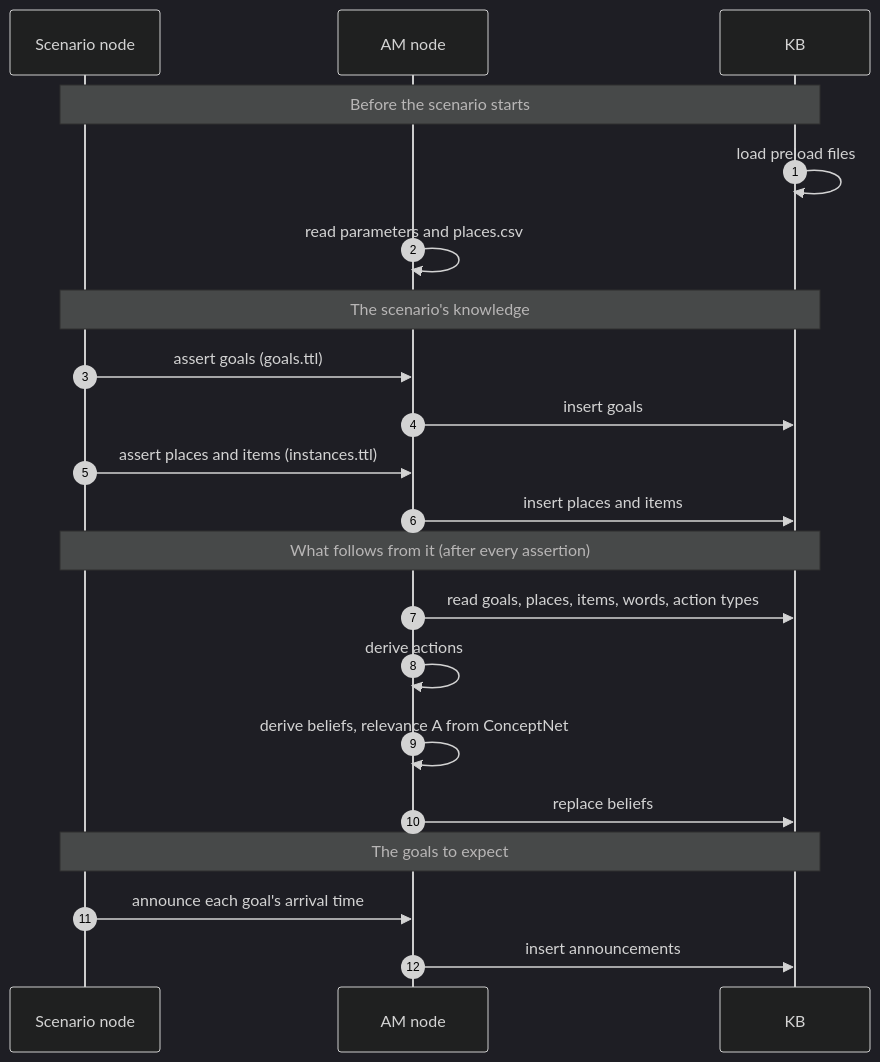
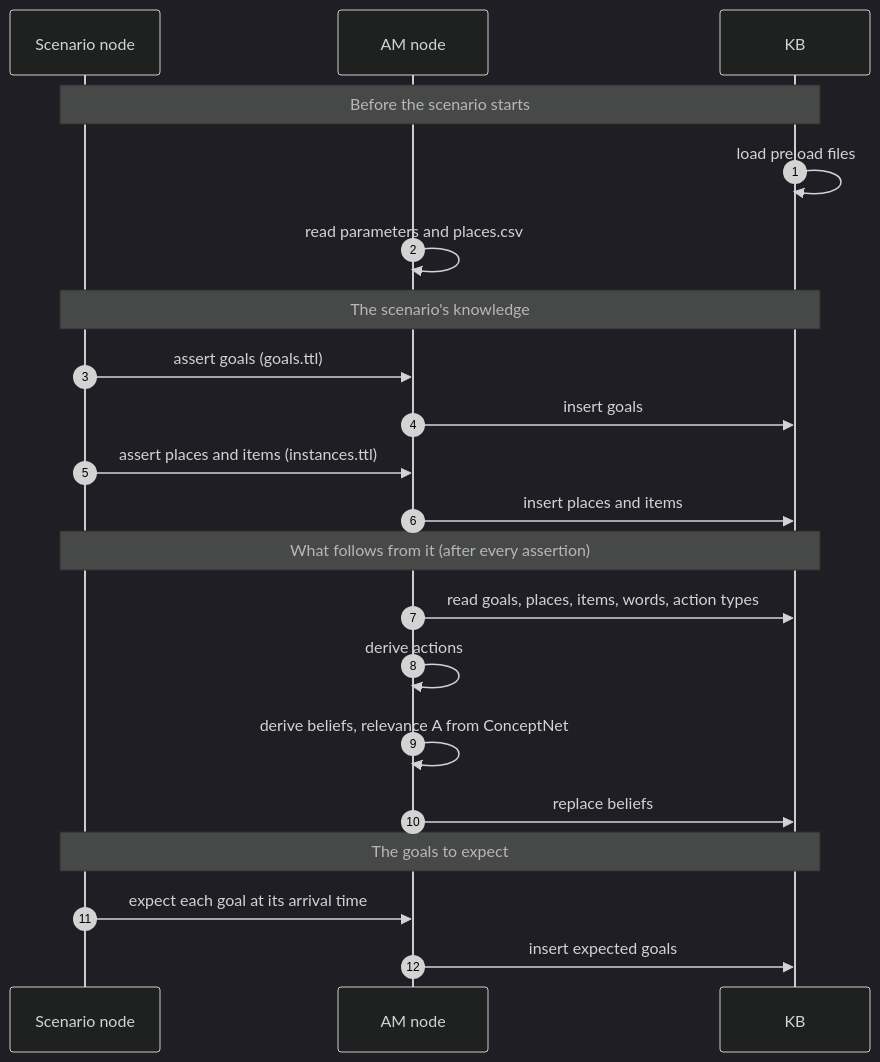
The first of 2 diagrams in README.md (Wesdebaas/cognitive_architectures), drawn with Mermaid (dark theme) before and after one commit. The commit also changed other lines of this file and 21 other files, not shown here.

Commit message:
Add Goals, store the active goal in the KB

````diff
--- a/README.md
+++ b/README.md
@@ -125,27 +125,27 @@
 ```mermaid
 sequenceDiagram
     autonumber
     participant S as Scenario node
     participant AM as AM node
     participant KB as KB
 
     Note over S,KB: Before the scenario starts
     KB->>KB: load preload files
     AM->>AM: read parameters and places.csv
 
     Note over S,KB: The scenario's knowledge
     S->>AM: assert goals (goals.ttl)
     AM->>KB: insert goals
     S->>AM: assert places and items (instances.ttl)
     AM->>KB: insert places and items
 
     Note over S,KB: What follows from it (after every assertion)
     AM->>KB: read goals, places, items, words, action types
     AM->>AM: derive actions
     AM->>AM: derive beliefs, relevance A from ConceptNet
     AM->>KB: replace beliefs
 
     Note over S,KB: The goals to expect
-    S->>AM: announce each goal's arrival time
-    AM->>KB: insert announcements
+    S->>AM: expect each goal at its arrival time
+    AM->>KB: insert expected goals
 ```
````
